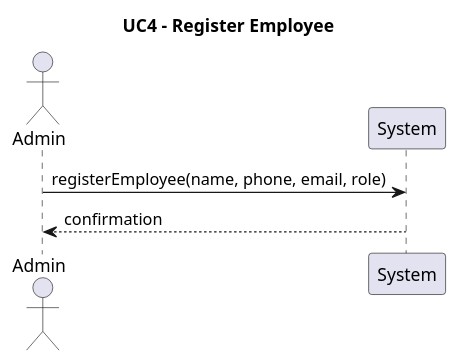
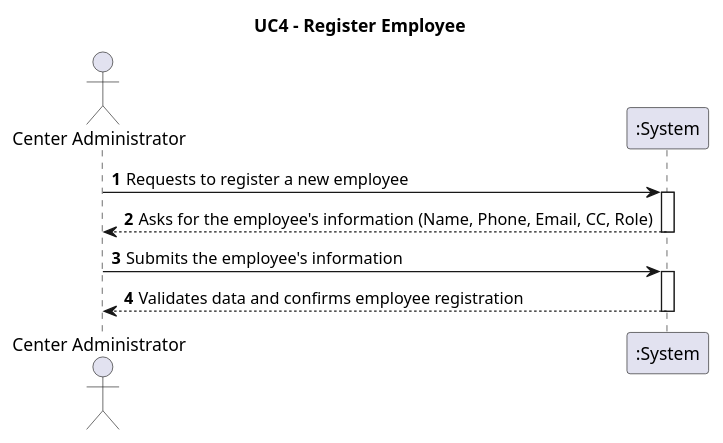
One commit to Andre-1240567/fsoft2026_1DD_1 changed the diagram in Documentation/Use Cases/UC4.puml. Above: the diagram before and after it, drawn with PlantUML. The commit also changed 4 other files, not shown here.

```diff
--- a/Documentation/Use Cases/UC4.puml
+++ b/Documentation/Use Cases/UC4.puml
@@ -1,11 +1,19 @@
 @startuml
 'https://plantuml.com/use-case-diagram
 title UC4 - Register Employee
 
-actor Admin
-participant "System"
+actor "Center Administrator" as Admin
+participant ":System" as System
 
-Admin -> System: registerEmployee(name, phone, email, role)
-System --> Admin: confirmation
+autonumber
+
+Admin -> System: Requests to register a new employee
+activate System
+System --> Admin: Asks for the employee's information (Name, Phone, Email, CC, Role)
+deactivate System
+Admin -> System: Submits the employee's information
+activate System
+System --> Admin: Validates data and confirms employee registration
+deactivate System
 
 @enduml
```
